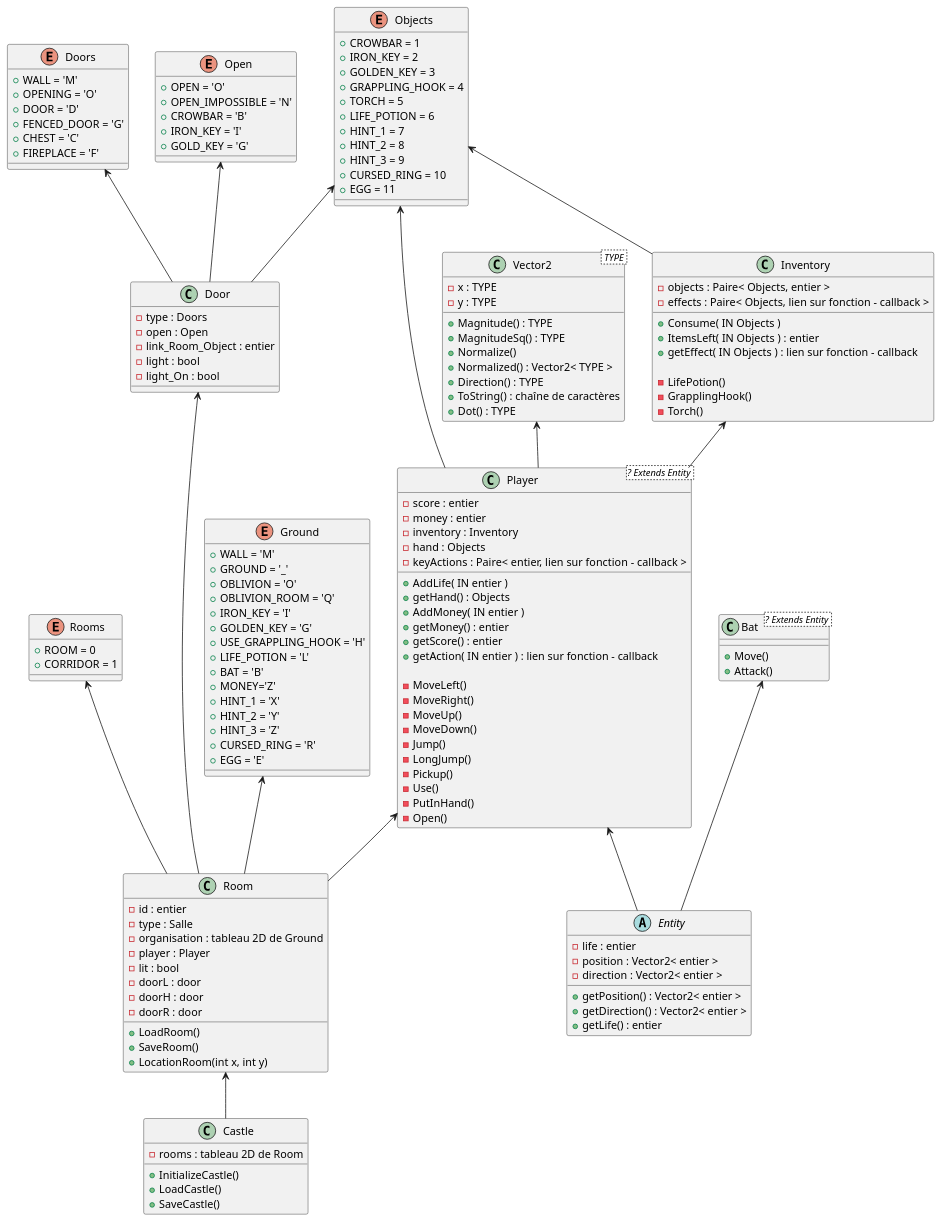
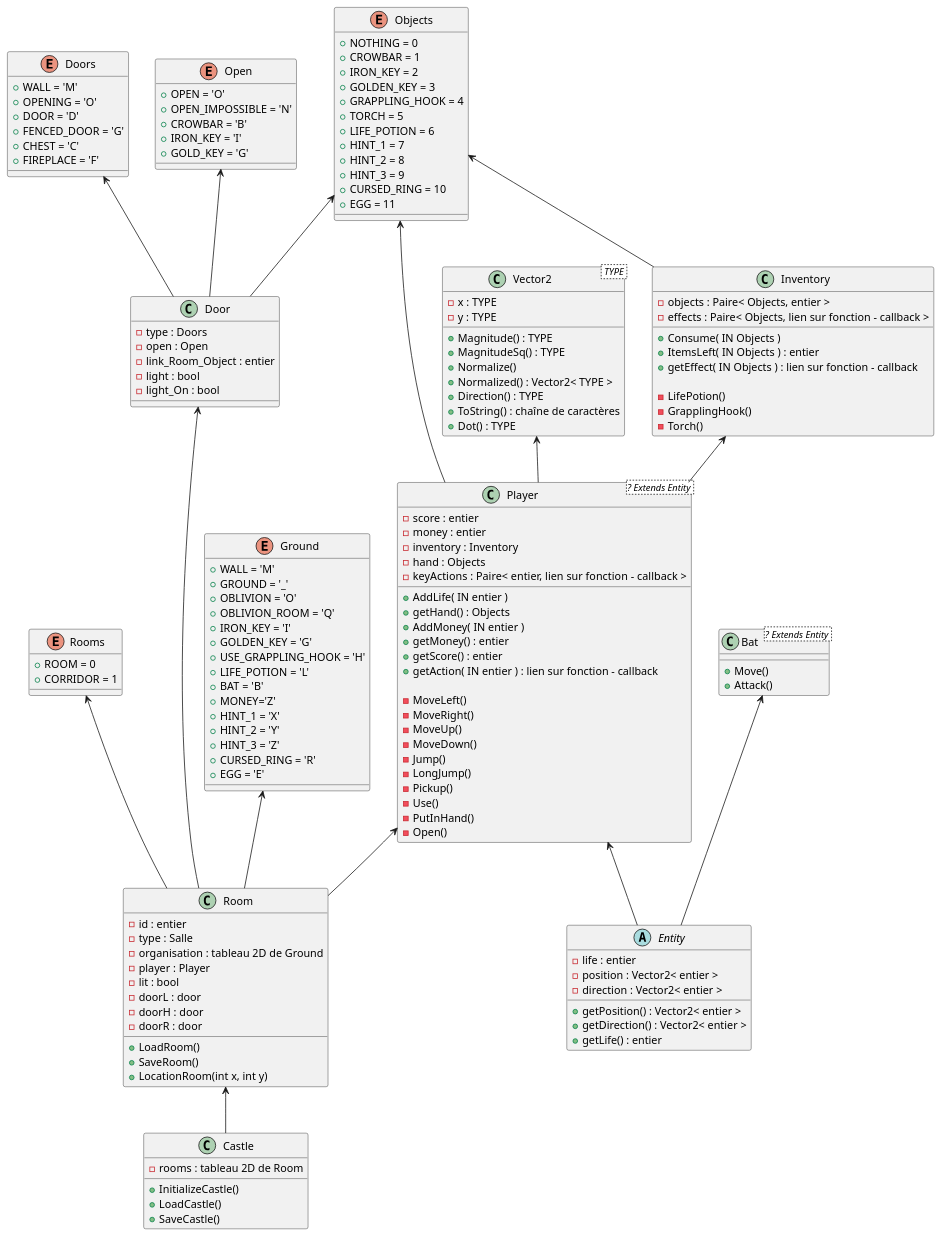
Before and after one commit to Serdok/GoldenPhoenix: the diagram in doc/diagrams/Class.puml, drawn with PlantUML.

Commit message:
mise a jour graph class - 4

```diff
--- a/doc/diagrams/Class.puml
+++ b/doc/diagrams/Class.puml
@@ -1,189 +1,190 @@
 @startuml
 
 Inventory <-- Player
 Room <-- Castle
 Objects <-- Inventory
 Vector2 <-- Player
 Rooms <-- Room
 Ground <-- Room
 Player <-- Room
 Objects <-- Player
 Player <-- Entity
 Bat <-- Entity
 Door <-- Room
 Objects <-- Door
 Doors <-- Door
 Open <-- Door 
 
 class Vector2< TYPE >
 {
     - x : TYPE
     - y : TYPE
 
     + Magnitude() : TYPE
     + MagnitudeSq() : TYPE
     + Normalize()
     + Normalized() : Vector2< TYPE >
     + Direction() : TYPE
     + ToString() : chaîne de caractères
     + Dot() : TYPE
 }
 
 class Player <? Extends Entity >
 {
     - score : entier
     - money : entier
     - inventory : Inventory
     - hand : Objects
     - keyActions : Paire< entier, lien sur fonction - callback >
 
     + AddLife( IN entier )
     + getHand() : Objects
     + AddMoney( IN entier )
     + getMoney() : entier
     + getScore() : entier
     + getAction( IN entier ) : lien sur fonction - callback
 
     - MoveLeft()
     - MoveRight()
     - MoveUp()
     - MoveDown()
     - Jump()
     - LongJump()
     - Pickup()
     - Use()
     - PutInHand()
     - Open()
 }
 
 class Inventory
 {
     - objects : Paire< Objects, entier >
     - effects : Paire< Objects, lien sur fonction - callback >
 
     + Consume( IN Objects )
     + ItemsLeft( IN Objects ) : entier
     + getEffect( IN Objects ) : lien sur fonction - callback
 
     - LifePotion()
     - GrapplingHook()
     - Torch()
 }
 
 abstract class Entity
 {
     - life : entier
     - position : Vector2< entier >
     - direction : Vector2< entier >
 
     + getPosition() : Vector2< entier >
     + getDirection() : Vector2< entier >
     + getLife() : entier
 }
 
 class Bat <? Extends Entity >
 {
     + Move()
     + Attack()
 }
 
 enum Objects
 {
+	+ NOTHING = 0
     + CROWBAR = 1
     + IRON_KEY = 2
     + GOLDEN_KEY = 3
     + GRAPPLING_HOOK = 4
     + TORCH = 5
     + LIFE_POTION = 6
     + HINT_1 = 7
     + HINT_2 = 8
     + HINT_3 = 9
     + CURSED_RING = 10
     + EGG = 11
 }
 
 class Castle
 {
     - rooms : tableau 2D de Room
 
 	+ InitializeCastle()
 	+ LoadCastle()
 	+ SaveCastle()
 }
 
 enum Rooms
 {
     + ROOM = 0
     + CORRIDOR = 1
 }
 
 enum Ground
 {
     + WALL = 'M'
     + GROUND = '_'
 	+ OBLIVION = 'O'
 	+ OBLIVION_ROOM = 'Q' 
     + IRON_KEY = 'I'
     + GOLDEN_KEY = 'G'
     + USE_GRAPPLING_HOOK = 'H'
     + LIFE_POTION = 'L'
 	+ BAT = 'B'
 	+ MONEY='Z'
     + HINT_1 = 'X'
     + HINT_2 = 'Y'
     + HINT_3 = 'Z'
     + CURSED_RING = 'R'
     + EGG = 'E'
 }
 
 enum Doors
 {
 	+ WALL = 'M'
 	+ OPENING = 'O'
 	+ DOOR = 'D'
 	+ FENCED_DOOR = 'G'
 	+ CHEST = 'C'
 	+ FIREPLACE = 'F'
 }
 
 enum Open
 {
 	+ OPEN = 'O'
 	+ OPEN_IMPOSSIBLE = 'N'
 	+ CROWBAR = 'B'
 	+ IRON_KEY = 'I'
 	+ GOLD_KEY = 'G'
 }
 
 class Door
 {
 	- type : Doors
 	- open : Open
 	- link_Room_Object : entier
 	- light : bool 
 	- light_On : bool 
 }
 
 class Room
 {
     - id : entier
     - type : Salle
     - organisation : tableau 2D de Ground
     - player : Player
     - lit : bool
 	- doorL : door
 	- doorH : door
 	- doorR : door
 
 
 	+ LoadRoom()
 	+ SaveRoom()
 	+ LocationRoom(int x, int y)
 }
 
 
 
 
 
 
 @enduml
```
